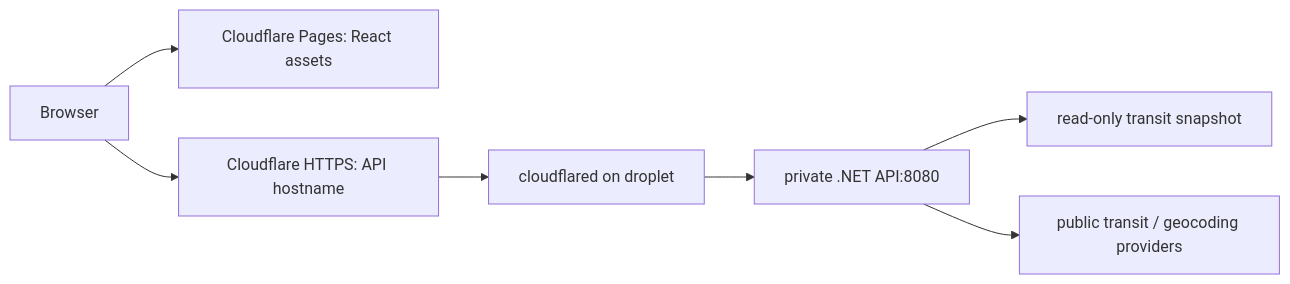
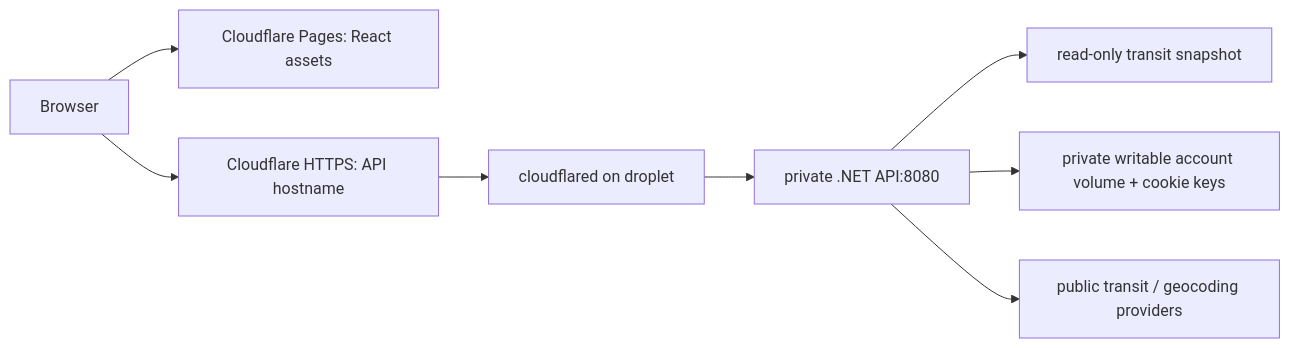
One commit to joaopedrocyrino/moovit-de-cria changed the diagram in docs/deployment.md. Above: the diagram before and after it, drawn with Mermaid. The commit also changed other lines of this file and 77 other files, not shown here.

````diff
--- a/docs/deployment.md
+++ b/docs/deployment.md
@@ -7,9 +7,10 @@
 ```mermaid
 flowchart LR
   Browser --> Pages[Cloudflare Pages: React assets]
   Browser --> Edge[Cloudflare HTTPS: API hostname]
   Edge --> Tunnel[cloudflared on droplet]
   Tunnel --> API[private .NET API:8080]
   API --> Data[read-only transit snapshot]
+  API --> Accounts[private writable account volume + cookie keys]
   API --> Providers[public transit / geocoding providers]
 ```
````
